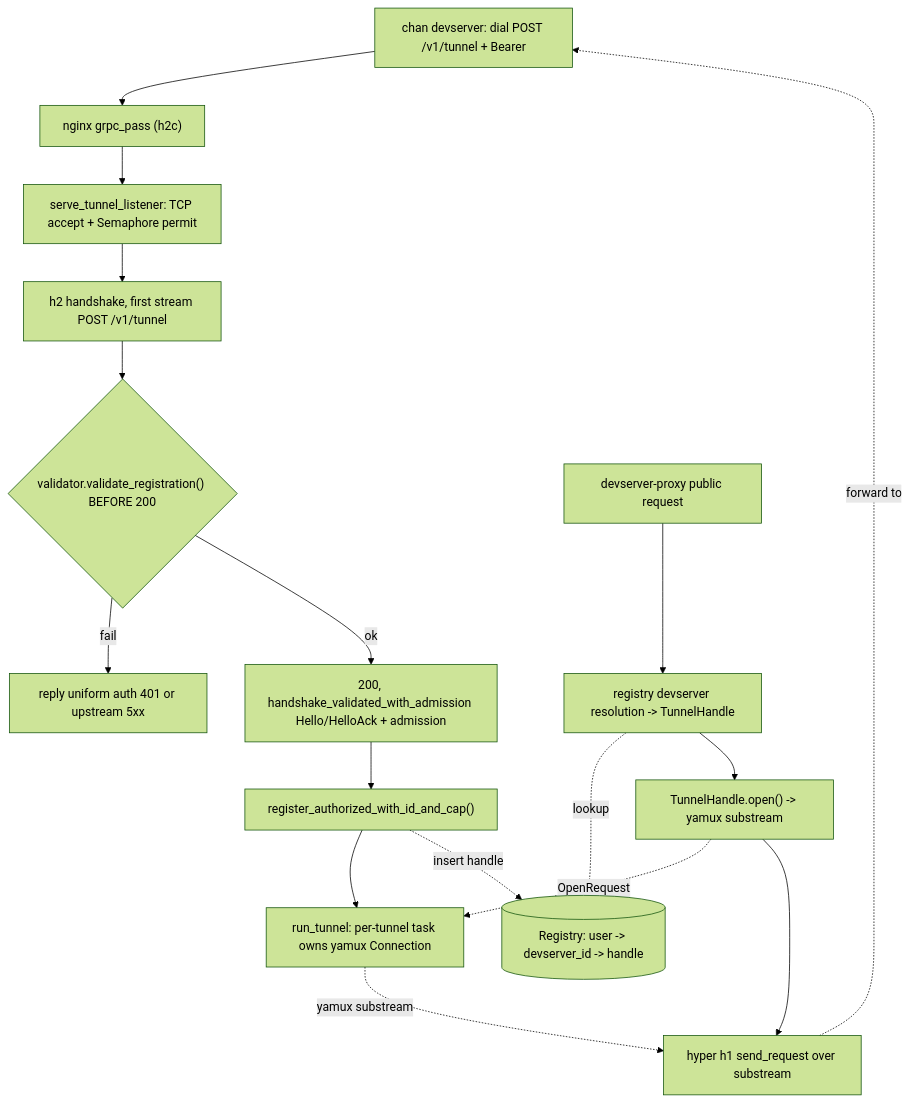
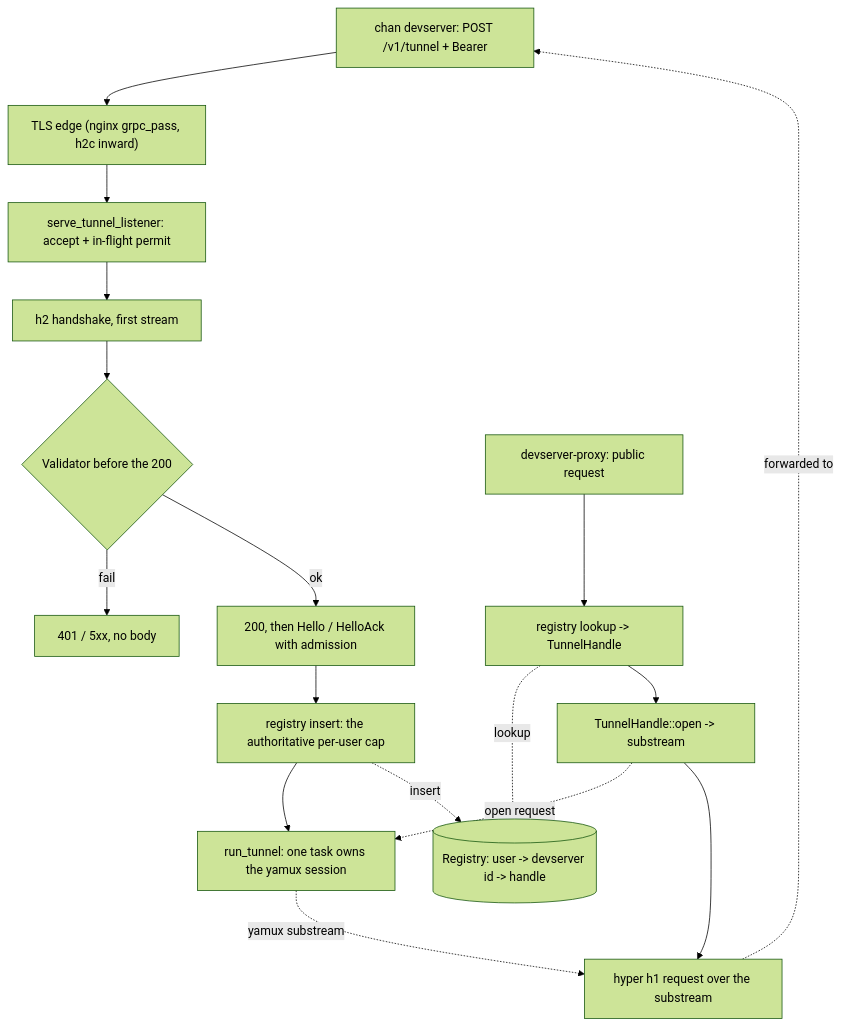
One commit to fiorix/chan changed the first of 2 diagrams in crates/chan-tunnel-server/design.md. Above: the diagram before and after it, drawn with Mermaid (forest theme). The commit also changed other lines of this file and 17 other files, not shown here.

````diff
--- a/crates/chan-tunnel-server/design.md
+++ b/crates/chan-tunnel-server/design.md
@@ -37,29 +13,29 @@
 ```mermaid
 flowchart TD
-    client["chan devserver: dial POST /v1/tunnel + Bearer"]
-    nginx["nginx grpc_pass (h2c)"]
-    listener["serve_tunnel_listener: TCP accept + Semaphore permit"]
-    h2["h2 handshake, first stream POST /v1/tunnel"]
-    validate{"validator.validate_registration() BEFORE 200"}
-    reject["reply uniform auth 401 or upstream 5xx"]
-    ack["200, handshake_validated_with_admission Hello/HelloAck + admission"]
-    register["register_authorized_with_id_and_cap()"]
-    driver["run_tunnel: per-tunnel task owns yamux Connection"]
-    registry[("Registry: user -> devserver_id -> handle")]
-    proxy["devserver-proxy public request"]
-    get["registry devserver resolution -> TunnelHandle"]
-    open["TunnelHandle.open() -> yamux substream"]
-    h1["hyper h1 send_request over substream"]
+    client["chan devserver: POST /v1/tunnel + Bearer"]
+    edge["TLS edge (nginx grpc_pass, h2c inward)"]
+    listener["serve_tunnel_listener: accept + in-flight permit"]
+    h2["h2 handshake, first stream"]
+    validate{"Validator before the 200"}
+    reject["401 / 5xx, no body"]
+    ack["200, then Hello / HelloAck with admission"]
+    register["registry insert: the authoritative per-user cap"]
+    driver["run_tunnel: one task owns the yamux session"]
+    registry[("Registry: user -> devserver id -> handle")]
+    proxy["devserver-proxy: public request"]
+    get["registry lookup -> TunnelHandle"]
+    open["TunnelHandle::open -> substream"]
+    h1["hyper h1 request over the substream"]
 
-    client --> nginx --> listener --> h2 --> validate
+    client --> edge --> listener --> h2 --> validate
     validate -->|"fail"| reject
     validate -->|"ok"| ack --> register --> driver
-    register -. "insert handle" .-> registry
+    register -. "insert" .-> registry
     proxy --> get
     get -. "lookup" .-> registry
     get --> open
-    open -. "OpenRequest" .-> driver
+    open -. "open request" .-> driver
     open --> h1
     driver -. "yamux substream" .-> h1
-    h1 -. "forward to" .-> client
+    h1 -. "forwarded to" .-> client
 ```
````
